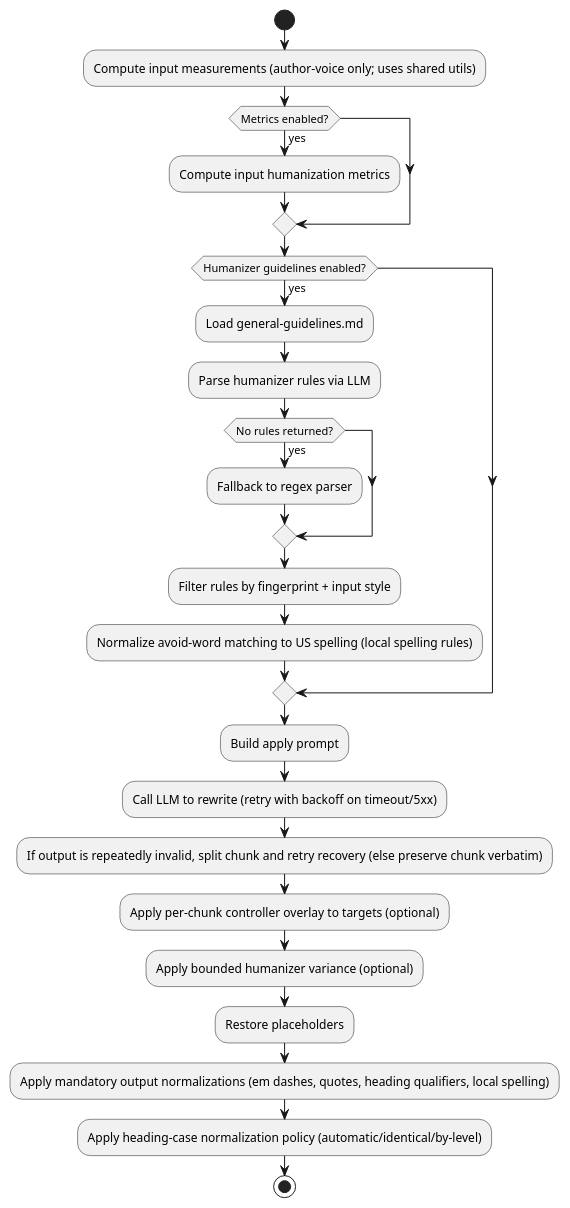
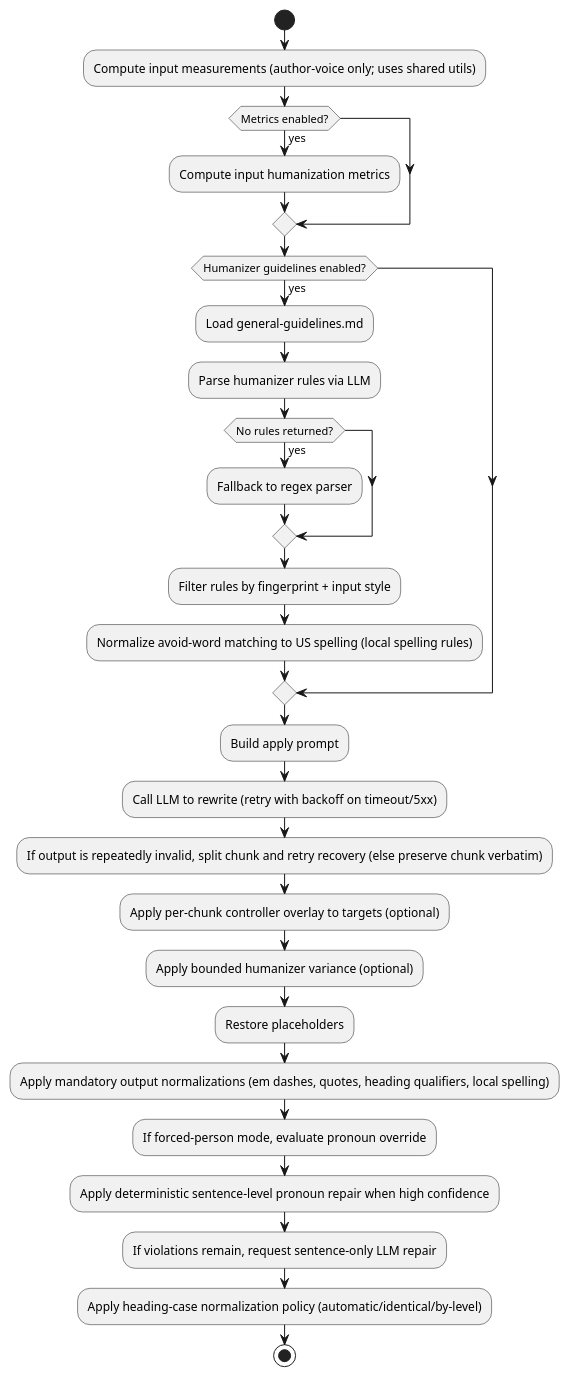
One commit to ngpepin/stylometric-transfer changed the third of 5 diagrams in UML-Apply.md. Above: the diagram before and after it, drawn with PlantUML. The commit also changed other lines of this file and 8 other files, not shown here.

````diff
--- a/UML-Apply.md
+++ b/UML-Apply.md
@@ -139,27 +142,30 @@
 ```plantuml
 start
 :Compute input measurements (author-voice only; uses shared utils);
 if (Metrics enabled?) then (yes)
   :Compute input humanization metrics;
 endif
 
 if (Humanizer guidelines enabled?) then (yes)
   :Load general-guidelines.md;
   :Parse humanizer rules via LLM;
   if (No rules returned?) then (yes)
     :Fallback to regex parser;
   endif
   :Filter rules by fingerprint + input style;
   :Normalize avoid-word matching to US spelling (local spelling rules);
 endif
 
 :Build apply prompt;
 :Call LLM to rewrite (retry with backoff on timeout/5xx);
 :If output is repeatedly invalid, split chunk and retry recovery (else preserve chunk verbatim);
  :Apply per-chunk controller overlay to targets (optional);
 :Apply bounded humanizer variance (optional);
 :Restore placeholders;
 :Apply mandatory output normalizations (em dashes, quotes, heading qualifiers, local spelling);
+:If forced-person mode, evaluate pronoun override;
+:Apply deterministic sentence-level pronoun repair when high confidence;
+:If violations remain, request sentence-only LLM repair;
 :Apply heading-case normalization policy (automatic/identical/by-level);
 stop
 ```
````
